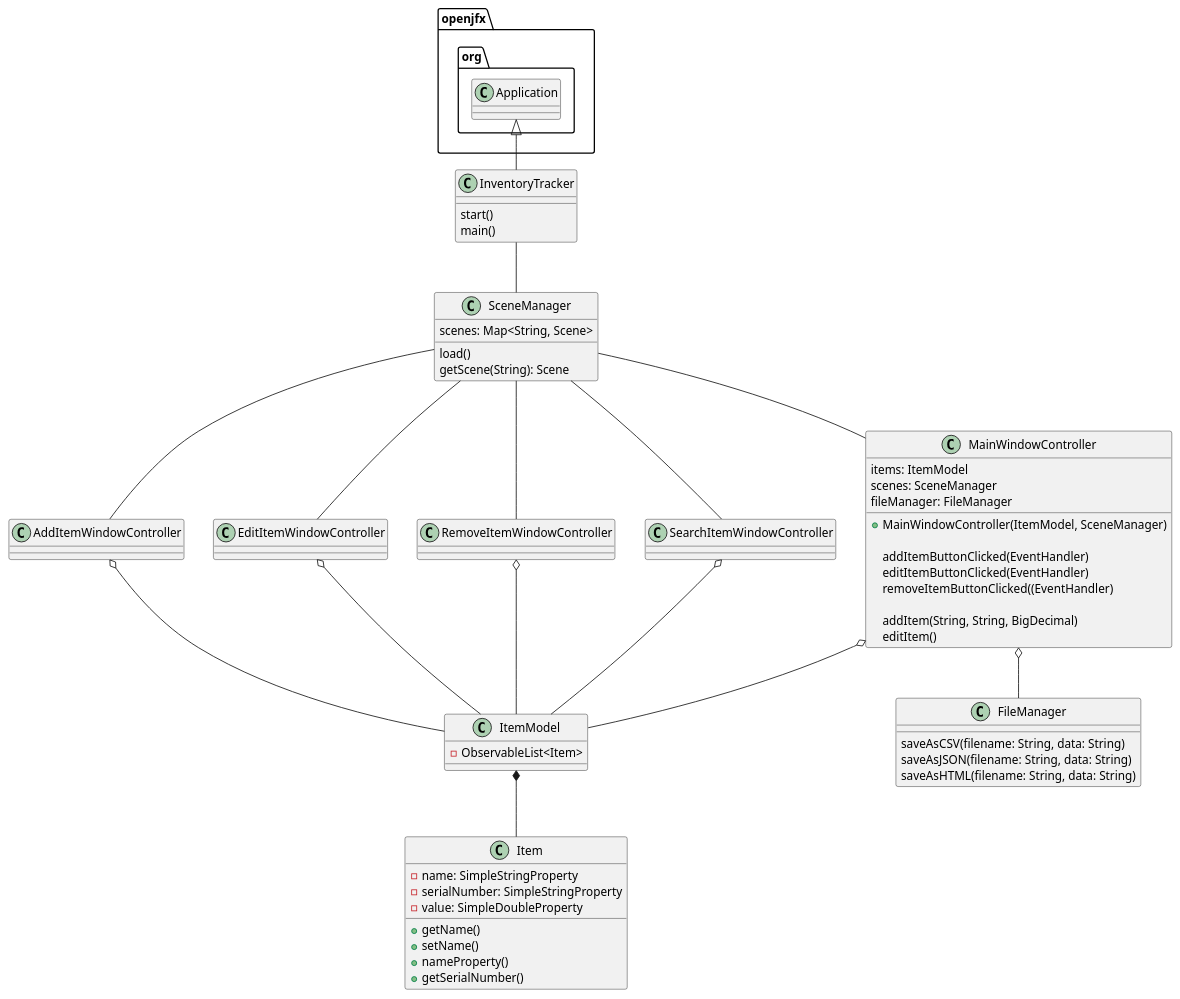
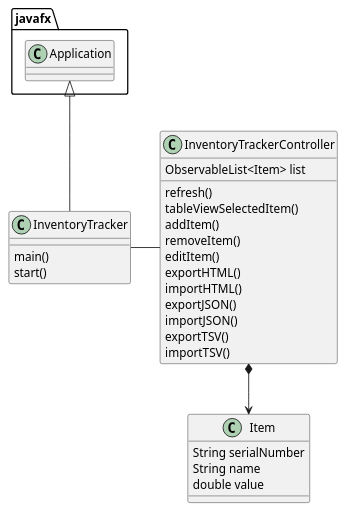
One commit to liamp616/pido-1511-a5 changed the diagram in uml/diagram.puml. Above: the diagram before and after it, drawn with PlantUML.

Commit message:
Initial Solution (addItem, removeItem, editItem, search, prevents similar sn, export/load tsv, export/load json, export html, uml diagram)

```diff
--- a/uml/diagram.puml
+++ b/uml/diagram.puml
@@ -1,86 +1,37 @@
 @startuml
 
 class InventoryTracker {
+    main()
     start()
-    main()
 }
 
-class SceneManager {
-    scenes: Map<String, Scene>
+class InventoryTrackerController {
+    ObservableList<Item> list
 
-    load()
-    getScene(String): Scene
-}
-
-class MainWindowController {
-    items: ItemModel
-    scenes: SceneManager
-    fileManager: FileManager
-
-    + MainWindowController(ItemModel, SceneManager)
-
-    addItemButtonClicked(EventHandler)
-    editItemButtonClicked(EventHandler)
-    removeItemButtonClicked((EventHandler)
-
-    addItem(String, String, BigDecimal)
+    refresh()
+    tableViewSelectedItem()
+    addItem()
+    removeItem()
     editItem()
-}
-
-class AddItemWindowController {
-
-}
-
-class EditItemWindowController {
-
-}
-
-class RemoveItemWindowController {
-
-}
-
-class SearchItemWindowController {
-
-}
-
-class ItemModel {
-    - ObservableList<Item>
+    exportHTML()
+    importHTML()
+    exportJSON()
+    importJSON()
+    exportTSV()
+    importTSV()
 }
 
 class Item {
-    - name: SimpleStringProperty
-    - serialNumber: SimpleStringProperty
-    -value: SimpleDoubleProperty
-
-    + getName()
-    + setName()
-    + nameProperty()
-    + getSerialNumber()
+    String serialNumber
+    String name
+    double value
 }
 
-class FileManager {
-    saveAsCSV(filename: String, data: String)
-    saveAsJSON(filename: String, data: String)
-    saveAsHTML(filename: String, data: String)
-}
+javafx.Application <|-- InventoryTracker
 
-
-openjfx.org.Application <|-- InventoryTracker
-InventoryTracker -- SceneManager
-SceneManager -- MainWindowController
-SceneManager -- AddItemWindowController
-SceneManager -- EditItemWindowController
-SceneManager -- RemoveItemWindowController
-SceneManager -- SearchItemWindowController
-MainWindowController o-- ItemModel
-AddItemWindowController o-- ItemModel
-EditItemWindowController o-- ItemModel
-RemoveItemWindowController o-- ItemModel
-SearchItemWindowController o-- ItemModel
-ItemModel *-- Item
-MainWindowController o-- FileManager
-
+InventoryTracker - InventoryTrackerController
+InventoryTrackerController *--> Item
 
 
 
 @enduml
```
